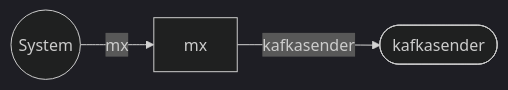
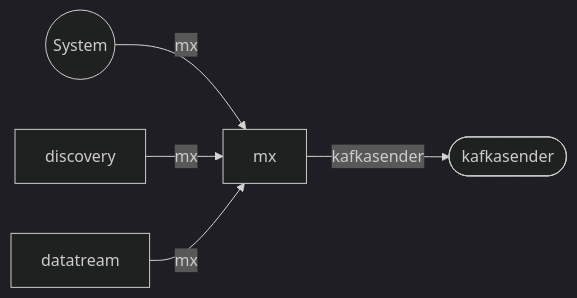
The second of 2 diagrams in docs/en/docs/dev/streams/index.md (nocproject/noc), drawn with Mermaid (dark theme) before and after one commit. The commit also changed 5 other files, not shown here.

````diff
--- a/docs/en/docs/dev/streams/index.md
+++ b/docs/en/docs/dev/streams/index.md
@@ -30,5 +30,7 @@
 ```mermaid
 graph LR
    System((System)) -->|mx| mx
+   discovery -->|mx| mx
+   datatream -->|mx| mx
    mx -->|kafkasender| kafkasender([kafkasender])
 ```
````
